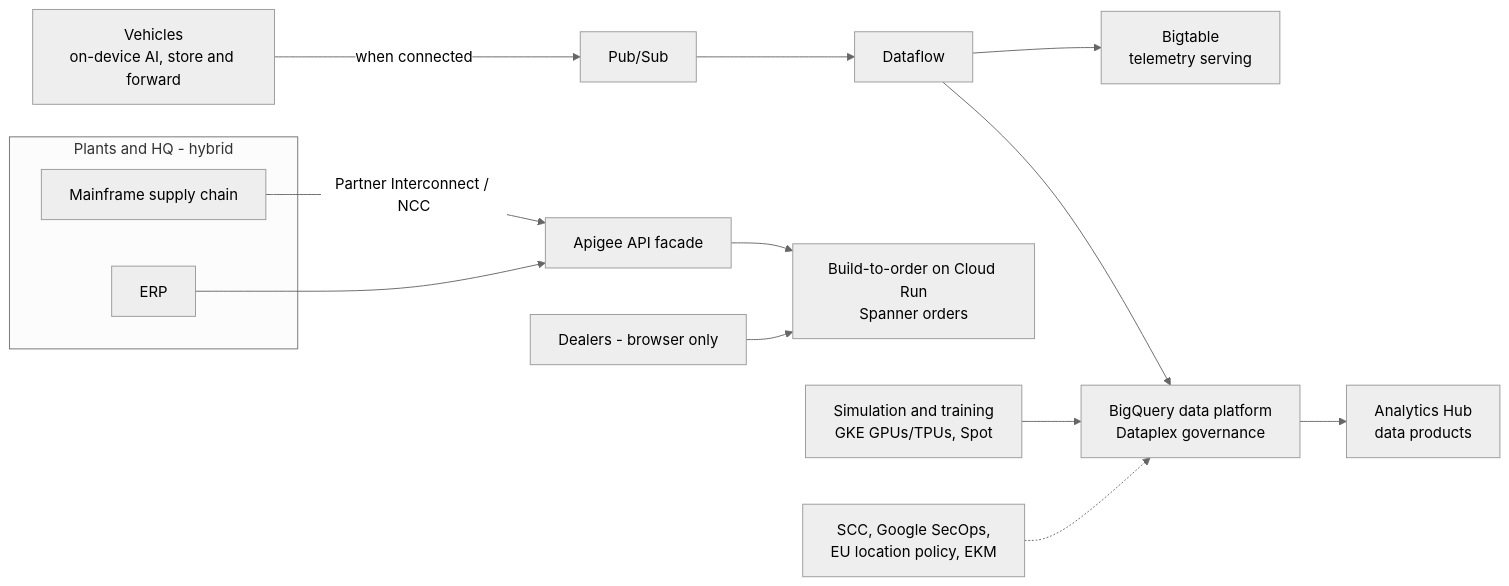
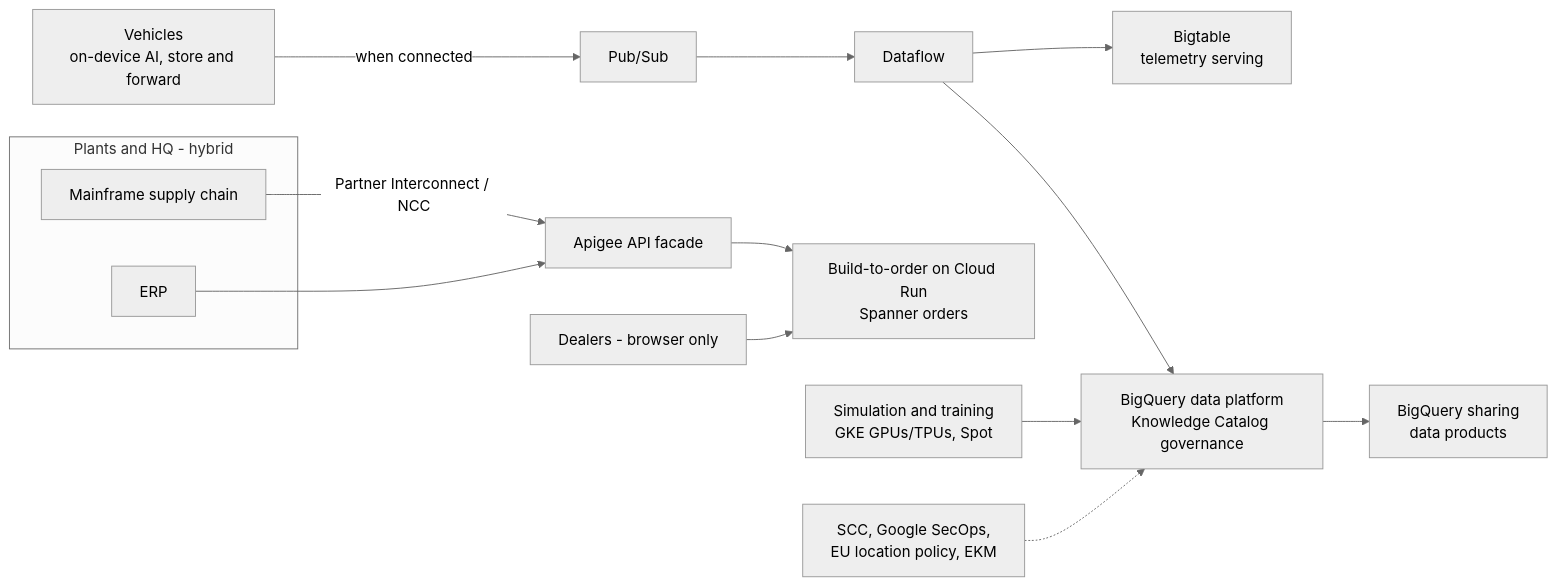
One commit to PatrickWiloak/cloud-zero-to-hero changed the fourth of 4 diagrams in exams/gcp/cloud-architect/notes/case-studies.md. Above: the diagram before and after it, drawn with Mermaid (neutral theme). The commit also changed other lines of this file and 3 other files, not shown here.

````diff
--- a/exams/gcp/cloud-architect/notes/case-studies.md
+++ b/exams/gcp/cloud-architect/notes/case-studies.md
@@ -193,18 +193,18 @@
 ```mermaid
 flowchart LR
   VEH["Vehicles<br/>on-device AI, store and forward"] -- "when connected" --> PS["Pub/Sub"]
   PS --> DF["Dataflow"]
   DF --> BT["Bigtable<br/>telemetry serving"]
-  DF --> BQ["BigQuery data platform<br/>Dataplex governance"]
-  BQ --> AH["Analytics Hub<br/>data products"]
+  DF --> BQ["BigQuery data platform<br/>Knowledge Catalog governance"]
+  BQ --> AH["BigQuery sharing<br/>data products"]
   subgraph OnPrem["Plants and HQ - hybrid"]
     MF["Mainframe supply chain"]
     ERP["ERP"]
   end
   MF -- "Partner Interconnect / NCC" --> APG["Apigee API facade"]
   ERP --> APG
   APG --> B2O["Build-to-order on Cloud Run<br/>Spanner orders"]
   DLR["Dealers - browser only"] --> B2O
   SIM["Simulation and training<br/>GKE GPUs/TPUs, Spot"] --> BQ
   SEC["SCC, Google SecOps,<br/>EU location policy, EKM"] -.-> BQ
 ```
````
